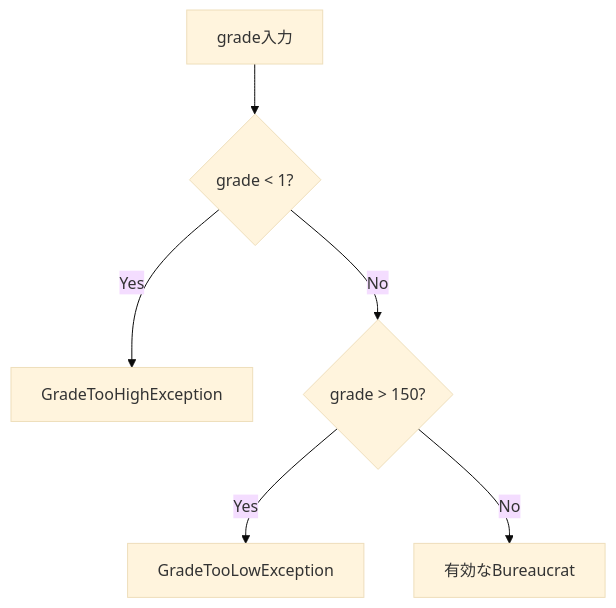
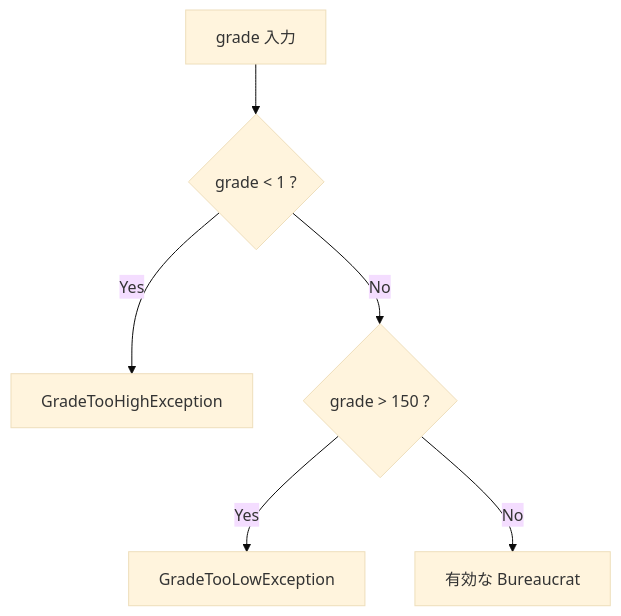
One commit to Kizuna42/cpp changed the third of 6 diagrams in CPP05_COMPLETE_DEFENSE_GUIDE.md. Above: the diagram before and after it, drawn with Mermaid (base theme). The commit also changed other lines of this file, not shown here.

````diff
--- a/CPP05_COMPLETE_DEFENSE_GUIDE.md
+++ b/CPP05_COMPLETE_DEFENSE_GUIDE.md
@@ -72,8 +165,8 @@
 ```mermaid
 flowchart TD
-    I["grade入力"] --> H{"grade < 1?"}
+    I["grade 入力"] --> H{"grade &lt; 1 ?"}
     H -- Yes --> EH["GradeTooHighException"]
-    H -- No --> L{"grade > 150?"}
+    H -- No --> L{"grade &gt; 150 ?"}
     L -- Yes --> EL["GradeTooLowException"]
-    L -- No --> V["有効なBureaucrat"]
+    L -- No --> V["有効な Bureaucrat"]
 ```
````
